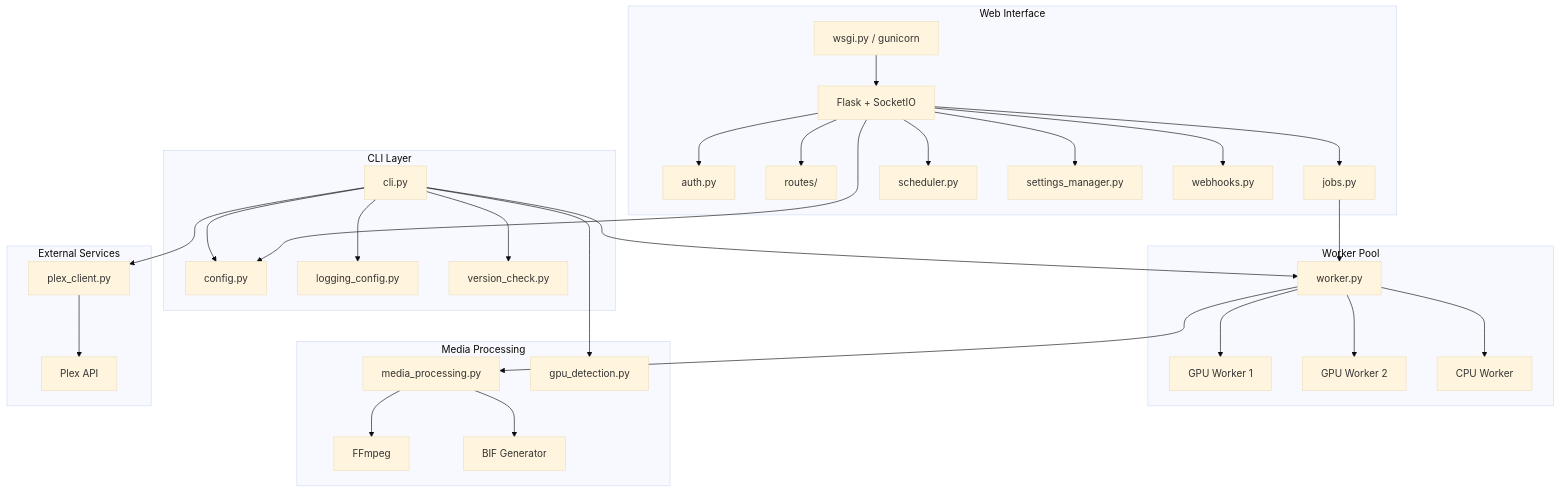
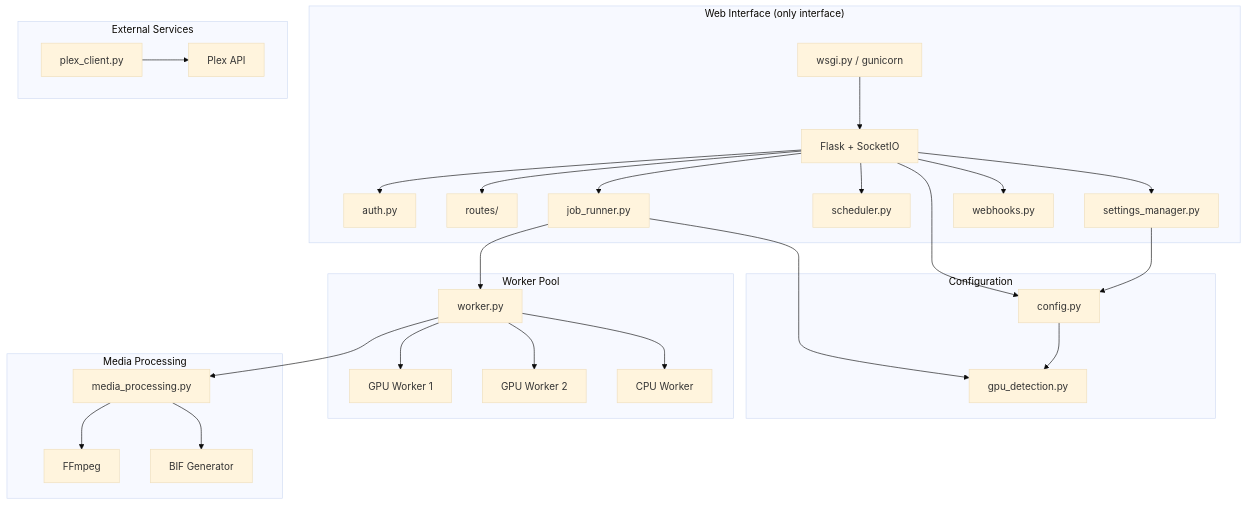
Before and after one commit to stevezau/plex_generate_vid_previews: the first of 3 diagrams in docs/README.md, drawn with Mermaid (base theme). The commit also changed other lines of this file and 47 other files, not shown here.

First line of the commit message:
Per-GPU configuration, CLI removal, and upgrade system

````diff
--- a/docs/README.md
+++ b/docs/README.md
@@ -56,45 +56,41 @@
 ```mermaid
 graph TB
-    subgraph CLI["CLI Layer"]
-        A[cli.py] --> B[config.py]
-        A --> C[logging_config.py]
-        A --> VC[version_check.py]
+    subgraph Web["Web Interface (only interface)"]
+        W[wsgi.py / gunicorn] --> L[Flask + SocketIO]
+        L --> M[auth.py]
+        L --> R["routes/"]
+        L --> JM[job_runner.py]
+        L --> N[scheduler.py]
+        L --> SM[settings_manager.py]
+        L --> WH[webhooks.py]
+    end
+
+    subgraph Config["Configuration"]
+        SM --> B[config.py]
+        B --> G[gpu_detection.py]
     end
 
     subgraph Workers["Worker Pool"]
         D[worker.py]
         D --> E1[GPU Worker 1]
         D --> E2[GPU Worker 2]
         D --> E3[CPU Worker]
     end
 
     subgraph Processing["Media Processing"]
         F[media_processing.py]
-        G[gpu_detection.py]
         F --> H[FFmpeg]
         F --> I[BIF Generator]
     end
 
     subgraph External["External Services"]
         J[Plex API]
         K[plex_client.py]
     end
 
-    subgraph Web["Web Interface"]
-        W[wsgi.py / gunicorn] --> L[Flask + SocketIO]
-        L --> M[auth.py]
-        L --> R["routes/"]
-        L --> JM[jobs.py]
-        L --> N[scheduler.py]
-        L --> SM[settings_manager.py]
-        L --> WH[webhooks.py]
-    end
-
-    A --> D
-    A --> G
+    JM --> D
+    JM --> G
     D --> F
     K --> J
-    A --> K
     L --> B
-    JM --> D
 ```
````
